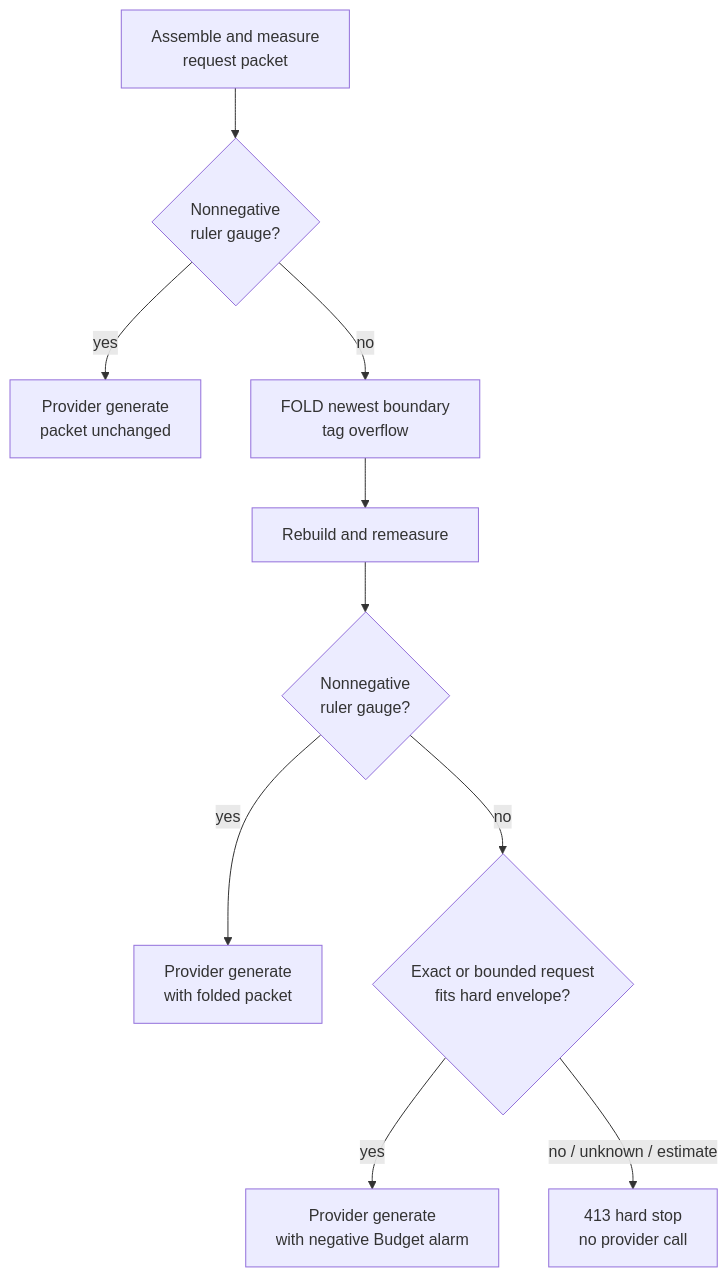
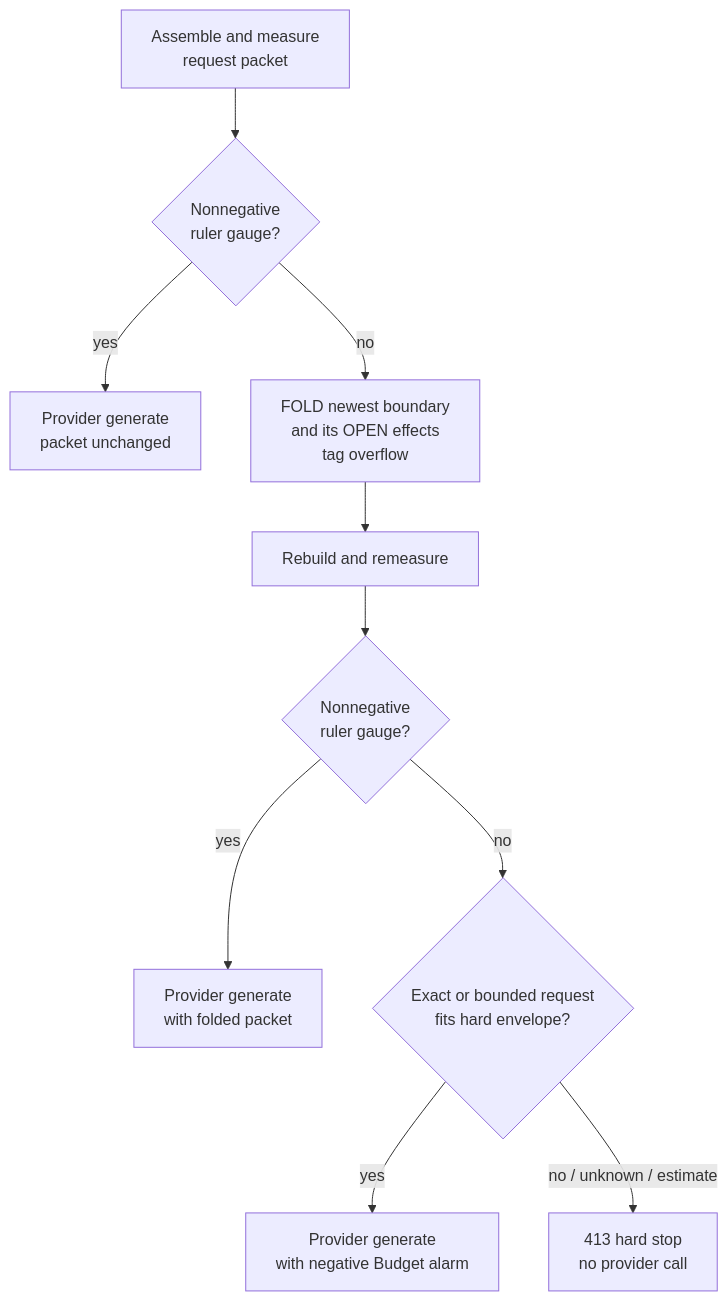
One commit to plurnk/plurnk-service changed diagram 16 of 18 in plurnk-core/SPEC.md. Above: the diagram before and after it, drawn with Mermaid. The commit also changed other lines of this file and 15 other files, not shown here.

````diff
--- a/plurnk-core/SPEC.md
+++ b/plurnk-core/SPEC.md
@@ -2467,12 +2467,12 @@
 ```mermaid
 flowchart TD
     assemble["Assemble and measure<br/>request packet"] --> policy{"Nonnegative<br/>ruler gauge?"}
     policy -->|yes| unchanged["Provider generate<br/>packet unchanged"]
-    policy -->|no| fold["FOLD newest boundary<br/>tag overflow"]
+    policy -->|no| fold["FOLD newest boundary<br/>and its OPEN effects<br/>tag overflow"]
     fold --> rebuild["Rebuild and remeasure"]
     rebuild --> folded{"Nonnegative<br/>ruler gauge?"}
     folded -->|yes| recovered["Provider generate<br/>with folded packet"]
     folded -->|no| admission{"Exact or bounded request<br/>fits hard envelope?"}
     admission -->|yes| pressured["Provider generate<br/>with negative Budget alarm"]
     admission -->|no / unknown / estimate| stop["413 hard stop<br/>no provider call"]
 ```
````
